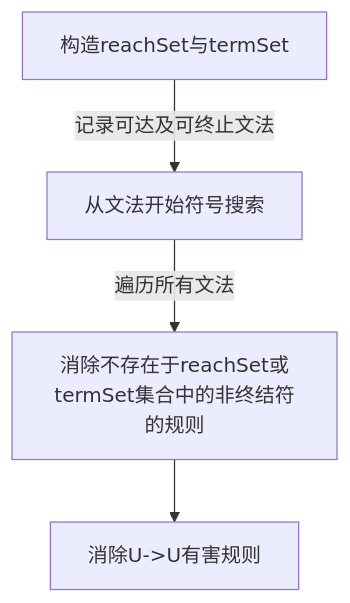
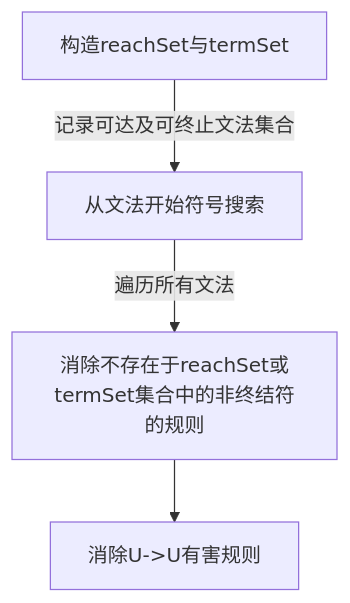
Before and after one commit to Lyuyk/Compile-Principle-Course-Labs: the third of 6 diagrams in BNFProcessor/readme.md, drawn with Mermaid. The commit also changed other lines of this file, not shown here.

````diff
--- a/BNFProcessor/readme.md
+++ b/BNFProcessor/readme.md
@@ -48,4 +48,4 @@
 ```mermaid
 flowchart TB
-构造reachSet与termSet--记录可达及可终止文法-->从文法开始符号搜索--遍历所有文法-->消除不存在于reachSet或termSet集合中的非终结符的规则-->s["消除U->U有害规则"]
+构造reachSet与termSet--记录可达及可终止文法集合-->从文法开始符号搜索--遍历所有文法-->消除不存在于reachSet或termSet集合中的非终结符的规则-->s["消除U->U有害规则"]
 ```
````
